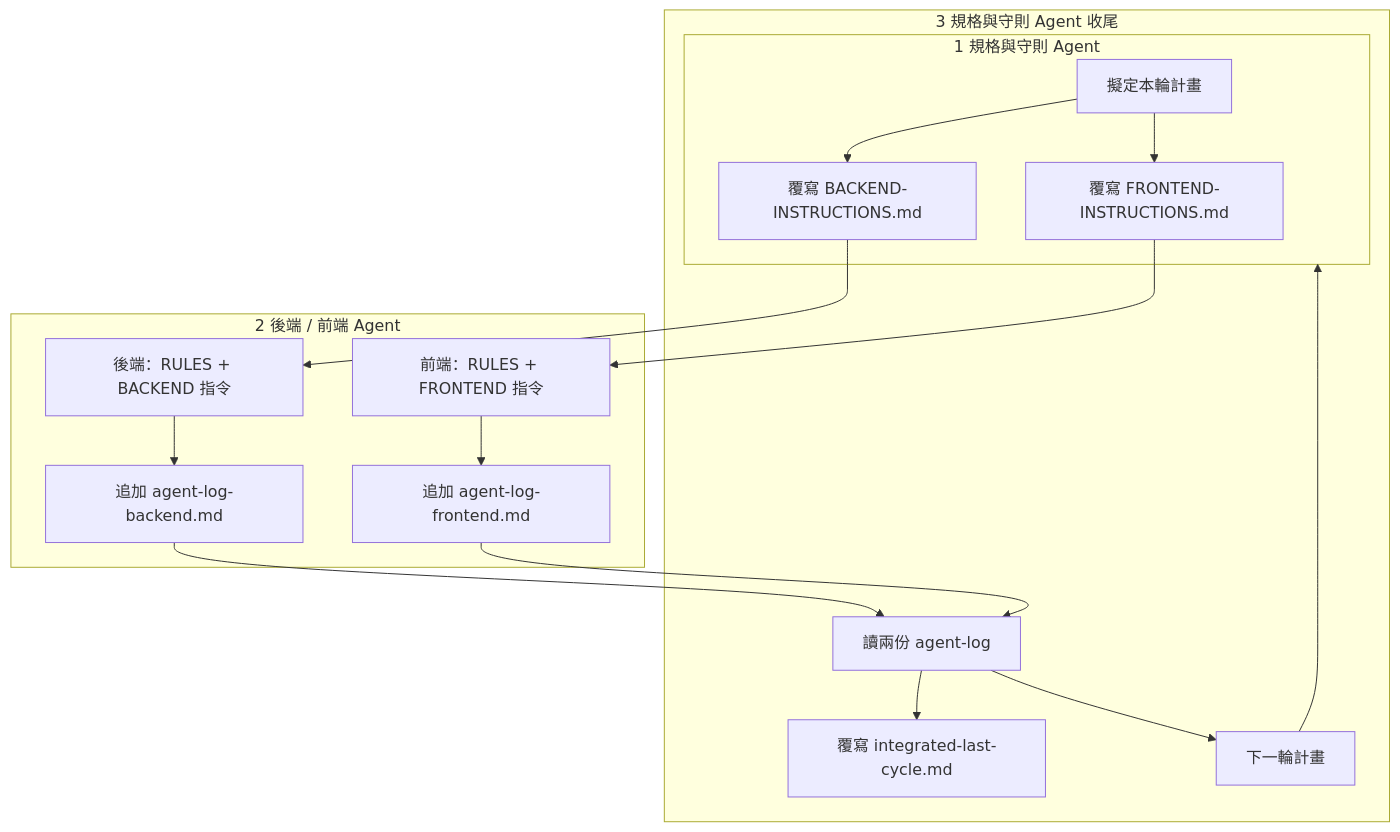
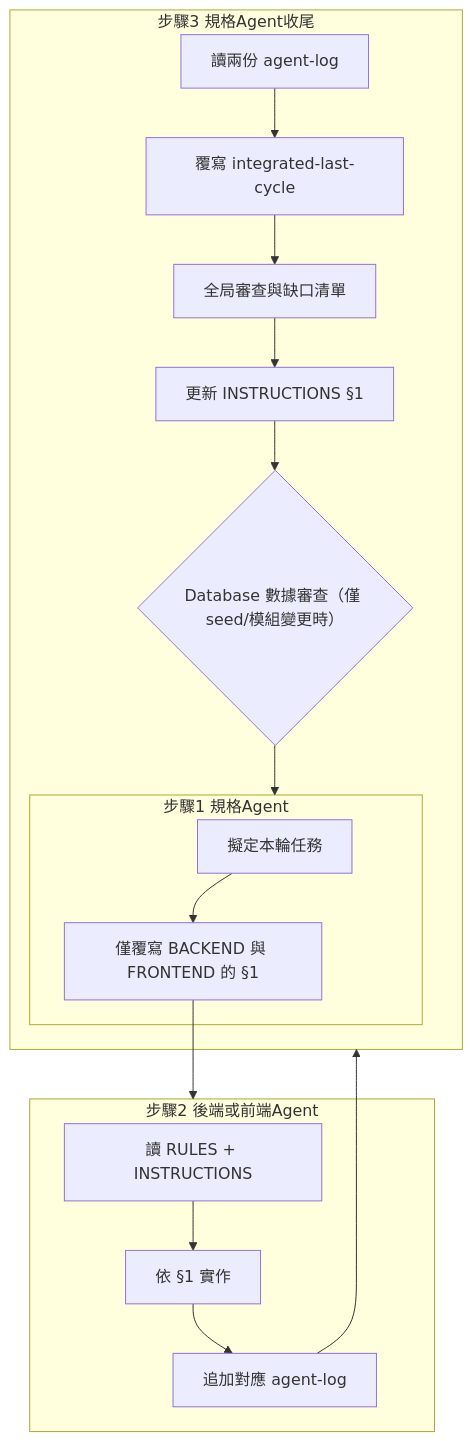
One commit to mick3412/bunnybeans changed the diagram in docs/agent-collab/AGENT-COLLABORATION.md. Above: the diagram before and after it, drawn with Mermaid. The commit also changed other lines of this file and 76 other files, not shown here.

First line of the commit message:
docs: expand manuals, roadmaps, and updated instructions

````diff
--- a/docs/agent-collab/AGENT-COLLABORATION.md
+++ b/docs/agent-collab/AGENT-COLLABORATION.md
@@ -44,30 +94,24 @@
 ```mermaid
 flowchart TB
-  subgraph step1 [1 規格與守則 Agent]
-    Plan[擬定本輪計畫]
-    WBE[覆寫 BACKEND-INSTRUCTIONS.md]
-    WFE[覆寫 FRONTEND-INSTRUCTIONS.md]
-    Plan --> WBE
-    Plan --> WFE
+  subgraph step1 [步驟1 規格Agent]
+    Plan[擬定本輪任務]
+    W1[僅覆寫 BACKEND 與 FRONTEND 的 §1]
+    Plan --> W1
   end
-  subgraph step2 [2 後端 / 前端 Agent]
-    BE[後端：RULES + BACKEND 指令]
-    FE[前端：RULES + FRONTEND 指令]
-    LogB[追加 agent-log-backend.md]
-    LogF[追加 agent-log-frontend.md]
-    BE --> LogB
-    FE --> LogF
+  subgraph step2 [步驟2 後端或前端Agent]
+    ReadInstr[讀 RULES + INSTRUCTIONS]
+    Impl[依 §1 實作]
+    Log[追加對應 agent-log]
+    ReadInstr --> Impl --> Log
   end
-  subgraph step3 [3 規格與守則 Agent 收尾]
-    Read[讀兩份 agent-log]
-    Int[覆寫 integrated-last-cycle.md]
-    Next[下一輪計畫]
-    Read --> Int
-    Read --> Next
-    Next --> step1
+  subgraph step3 [步驟3 規格Agent收尾]
+    ReadLog[讀兩份 agent-log]
+    Int[覆寫 integrated-last-cycle]
+    Review[全局審查與缺口清單]
+    UpdateInstr[更新 INSTRUCTIONS §1]
+    DB{"Database 數據審查（僅 seed/模組變更時）"}
+    ReadLog --> Int --> Review --> UpdateInstr --> DB --> step1
   end
-  WBE --> BE
-  WFE --> FE
-  LogB --> Read
-  LogF --> Read
+  W1 --> step2
+  Log --> step3
 ```
````
